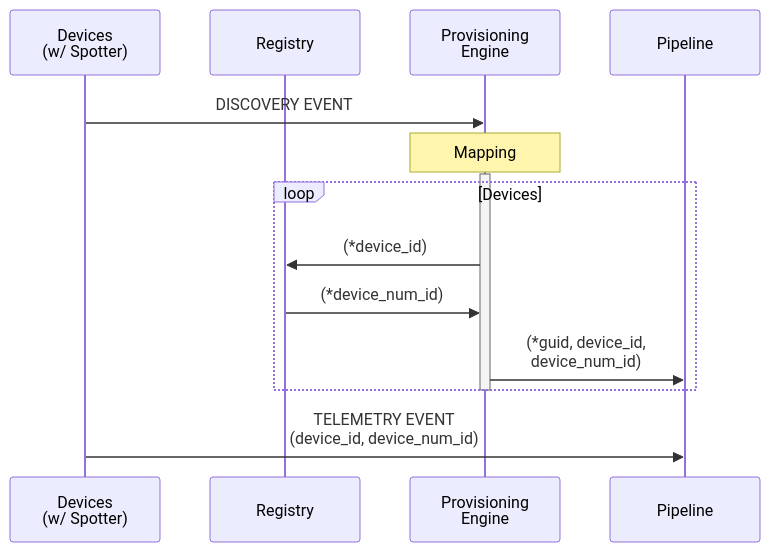
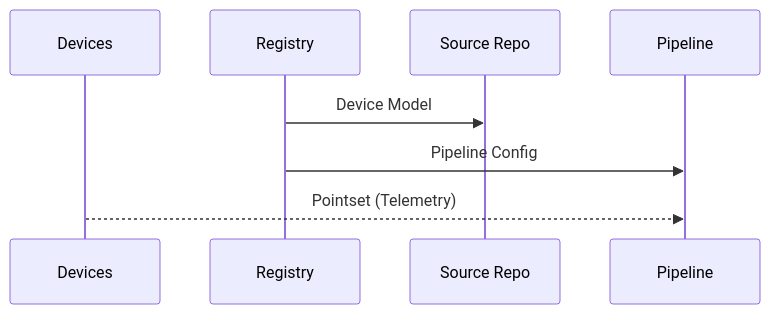
Before and after one commit to grafnu/udmi: the diagram in docs/specs/provisioning.md, drawn with Mermaid. The commit also changed other lines of this file, not shown here.

Commit message:
Update provisioning spec intro and sequence diagram
TAG=agy

CONV=f0ce9094-0c42-4b33-a426-7de9fd846e4e

````diff
--- a/docs/specs/provisioning.md
+++ b/docs/specs/provisioning.md
@@ -13,18 +13,11 @@
 ```mermaid
 sequenceDiagram
   %%{wrap}%%
-  participant Devices as Devices<br/>(w/ Spotter)
+  participant Devices
   participant Registry
-  participant Provisioning Engine
+  participant Source Repo
   participant Pipeline
-  Devices->>Provisioning Engine: DISCOVERY EVENT
-  Note over Provisioning Engine: Mapping
-  activate Provisioning Engine
-  loop Devices
-    Provisioning Engine->>Registry: (*device_id)
-    Registry->>Provisioning Engine: (*device_num_id)
-    Provisioning Engine->>Pipeline: (*guid, device_id, device_num_id)
-  end
-  deactivate Provisioning Engine
-  Devices->>Pipeline: TELEMETRY EVENT<br/>(device_id, device_num_id)
+  Registry->>Source Repo: Device Model
+  Registry->>Pipeline: Pipeline Config
+  Devices-->>Pipeline: Pointset (Telemetry)
 ```
````
